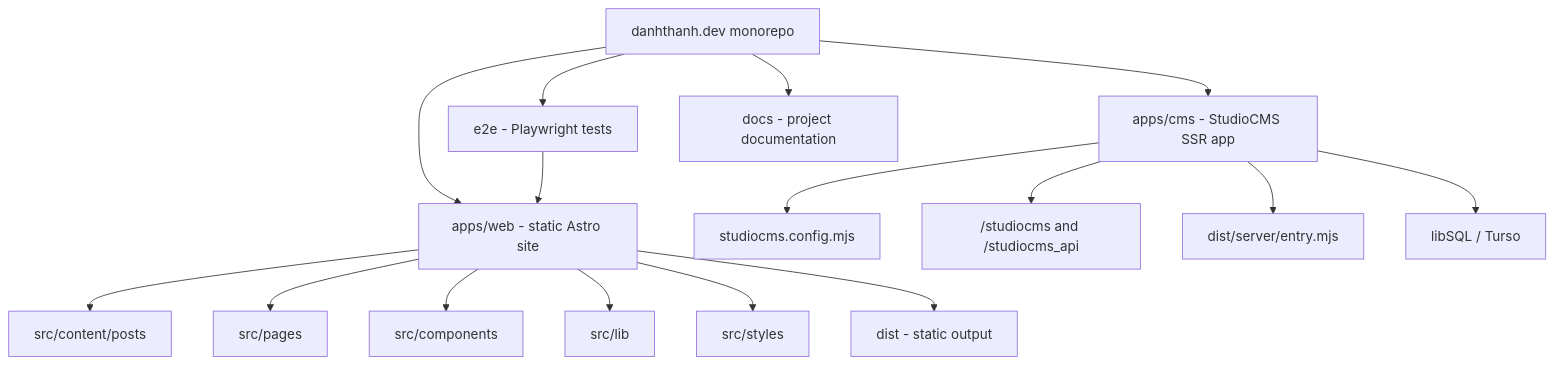
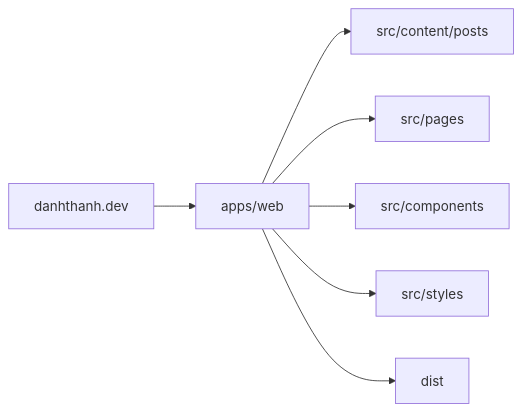
One commit to dt418/studio-cms changed the first of 3 diagrams in docs/PROJECT_ARCHITECTURE.md. Above: the diagram before and after it, drawn with Mermaid. The commit also changed other lines of this file and 90 other files, not shown here.

````diff
--- a/docs/PROJECT_ARCHITECTURE.md
+++ b/docs/PROJECT_ARCHITECTURE.md
@@ -7,22 +7,9 @@
 ```mermaid
-graph TB
-    ROOT["danhthanh.dev monorepo"]
-    ROOT --> WEB["apps/web - static Astro site"]
-    ROOT --> CMS["apps/cms - StudioCMS SSR app"]
-    ROOT --> E2E["e2e - Playwright tests"]
-    ROOT --> DOCS["docs - project documentation"]
-
-    WEB --> WEB_CONTENT["src/content/posts"]
-    WEB --> WEB_PAGES["src/pages"]
-    WEB --> WEB_COMPONENTS["src/components"]
-    WEB --> WEB_LIB["src/lib"]
-    WEB --> WEB_STYLES["src/styles"]
-    WEB --> WEB_DIST["dist - static output"]
-
-    CMS --> CMS_CONFIG["studiocms.config.mjs"]
-    CMS --> CMS_ROUTES["/studiocms and /studiocms_api"]
-    CMS --> CMS_SERVER["dist/server/entry.mjs"]
-    CMS --> DB["libSQL / Turso"]
-
-    E2E --> WEB
+graph LR
+  ROOT["danhthanh.dev"] --> WEB["apps/web"]
+  WEB --> CONTENT["src/content/posts"]
+  WEB --> PAGES["src/pages"]
+  WEB --> COMPONENTS["src/components"]
+  WEB --> STYLES["src/styles"]
+  WEB --> DIST["dist"]
 ```
````
